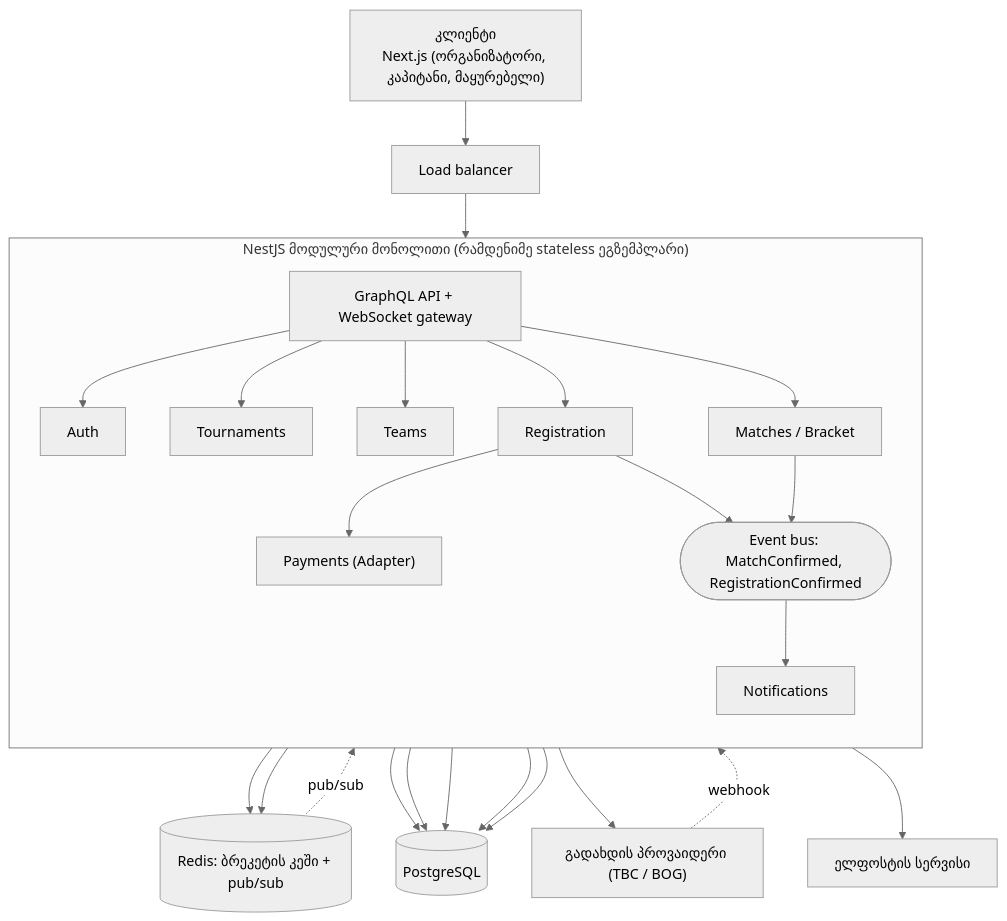
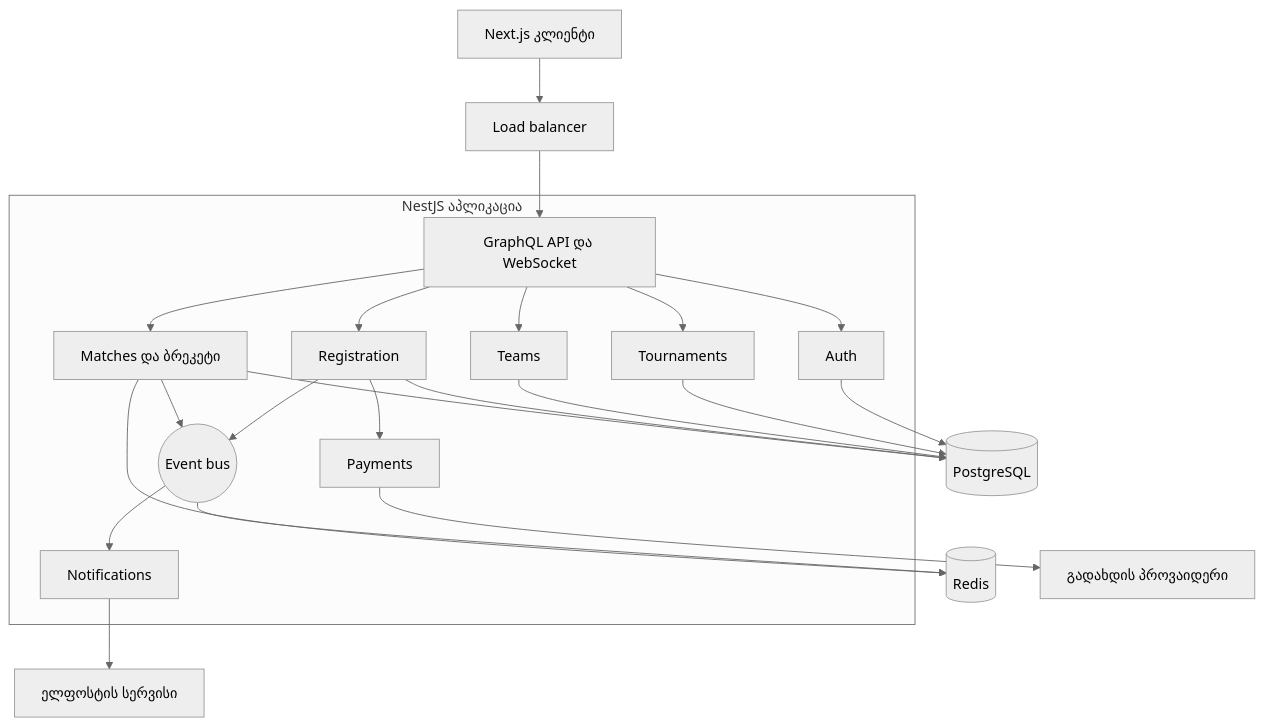
One commit to NikolozDvalishvili21/arenalink changed the diagram in docs/architecture.md. Above: the diagram before and after it, drawn with Mermaid (neutral theme). The commit also changed other lines of this file and 1 other file, not shown here.

Commit message:
Add backlog doc, rewrite architecture doc

````diff
--- a/docs/architecture.md
+++ b/docs/architecture.md
@@ -15,45 +19,40 @@
 ```mermaid
 flowchart TB
-    Client["კლიენტი<br/>Next.js (ორგანიზატორი, კაპიტანი, მაყურებელი)"]
+    Browser["Next.js კლიენტი"]
     LB["Load balancer"]
 
-    subgraph App["NestJS მოდულური მონოლითი (რამდენიმე stateless ეგზემპლარი)"]
-        direction TB
-        GQL["GraphQL API + WebSocket gateway"]
+    subgraph App["NestJS აპლიკაცია"]
+        API["GraphQL API და WebSocket"]
         Auth["Auth"]
-        Tour["Tournaments"]
+        Tournaments["Tournaments"]
         Teams["Teams"]
-        Reg["Registration"]
-        Match["Matches / Bracket"]
-        Pay["Payments (Adapter)"]
-        Notif["Notifications"]
-        Bus(["Event bus: MatchConfirmed, RegistrationConfirmed"])
+        Registration["Registration"]
+        Matches["Matches და ბრეკეტი"]
+        Payments["Payments"]
+        Notifications["Notifications"]
+        Bus(("Event bus"))
     end
 
-    PG[("PostgreSQL")]
-    Redis[("Redis: ბრეკეტის კეში + pub/sub")]
-    Provider["გადახდის პროვაიდერი (TBC / BOG)"]
+    DB[("PostgreSQL")]
+    Redis[("Redis")]
+    Provider["გადახდის პროვაიდერი"]
     Mail["ელფოსტის სერვისი"]
 
-    Client --> LB --> GQL
-    GQL --> Auth
-    GQL --> Tour
-    GQL --> Teams
-    GQL --> Reg
-    GQL --> Match
-    Reg --> Pay
-    Reg --> Bus
-    Match --> Bus
-    Bus --> Notif
+    Browser --> LB --> API
+    API --> Auth
+    API --> Tournaments
+    API --> Teams
+    API --> Registration
+    API --> Matches
+    Registration --> Payments --> Provider
+    Registration --> Bus
+    Matches --> Bus
+    Bus --> Notifications --> Mail
     Bus --> Redis
-    Auth --> PG
-    Tour --> PG
-    Teams --> PG
-    Reg --> PG
-    Match --> PG
-    Match --> Redis
-    Pay --> Provider
-    Provider -. webhook .-> Pay
-    Notif --> Mail
-    Redis -. pub/sub .-> GQL
+    Auth --> DB
+    Tournaments --> DB
+    Teams --> DB
+    Registration --> DB
+    Matches --> DB
+    Matches --> Redis
 ```
````
